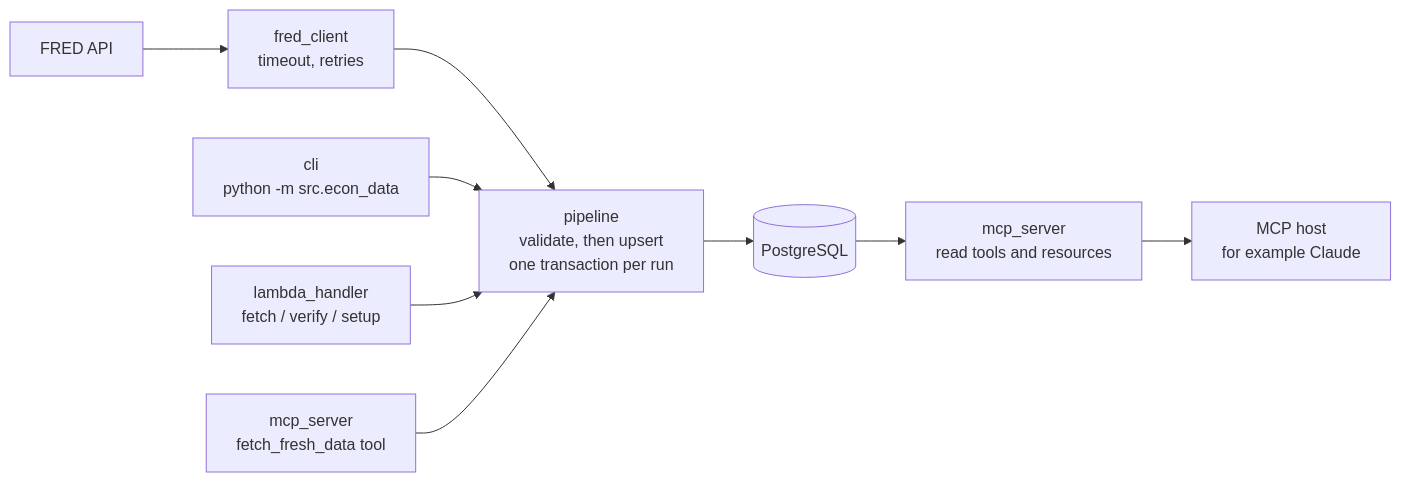
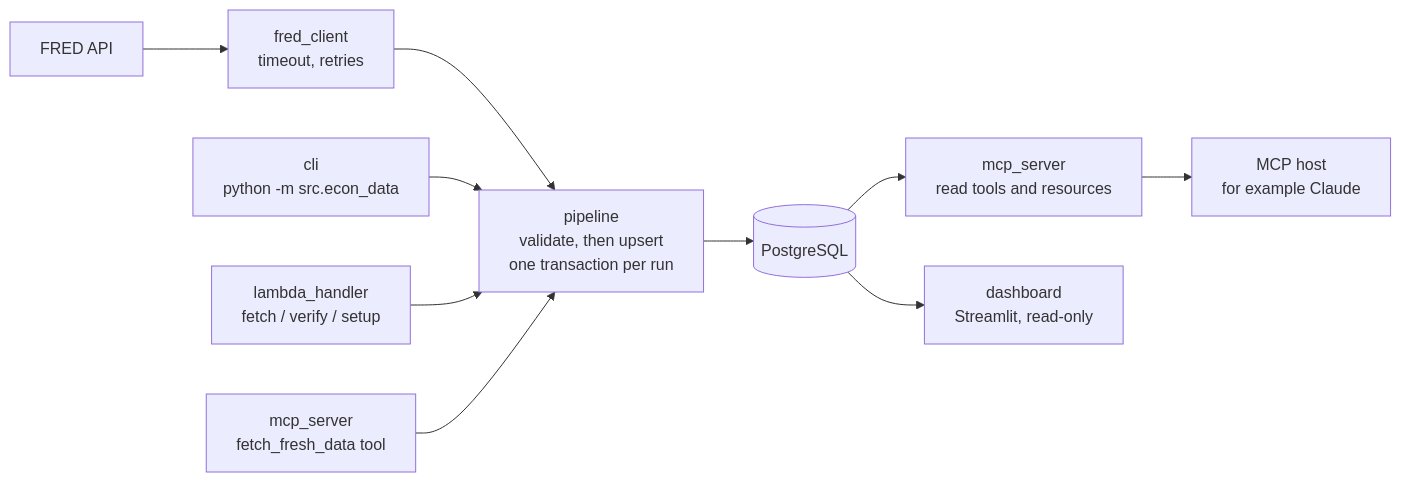
One commit to lkhavkin7/Economic_Data changed the first of 2 diagrams in README.md. Above: the diagram before and after it, drawn with Mermaid. The commit also changed other lines of this file, not shown here.

````diff
--- a/README.md
+++ b/README.md
@@ -22,13 +23,14 @@
 ```mermaid
 flowchart LR
     FRED["FRED API"] --> client["fred_client<br/>timeout, retries"]
     client --> pipeline["pipeline<br/>validate, then upsert<br/>one transaction per run"]
     pipeline --> db[("PostgreSQL")]
 
     cli["cli<br/>python -m src.econ_data"] --> pipeline
     lambda["lambda_handler<br/>fetch / verify / setup"] --> pipeline
     fetchtool["mcp_server<br/>fetch_fresh_data tool"] --> pipeline
 
     db --> reads["mcp_server<br/>read tools and resources"]
     reads --> host["MCP host<br/>for example Claude"]
+    db --> dash["dashboard<br/>Streamlit, read-only"]
 ```
````
